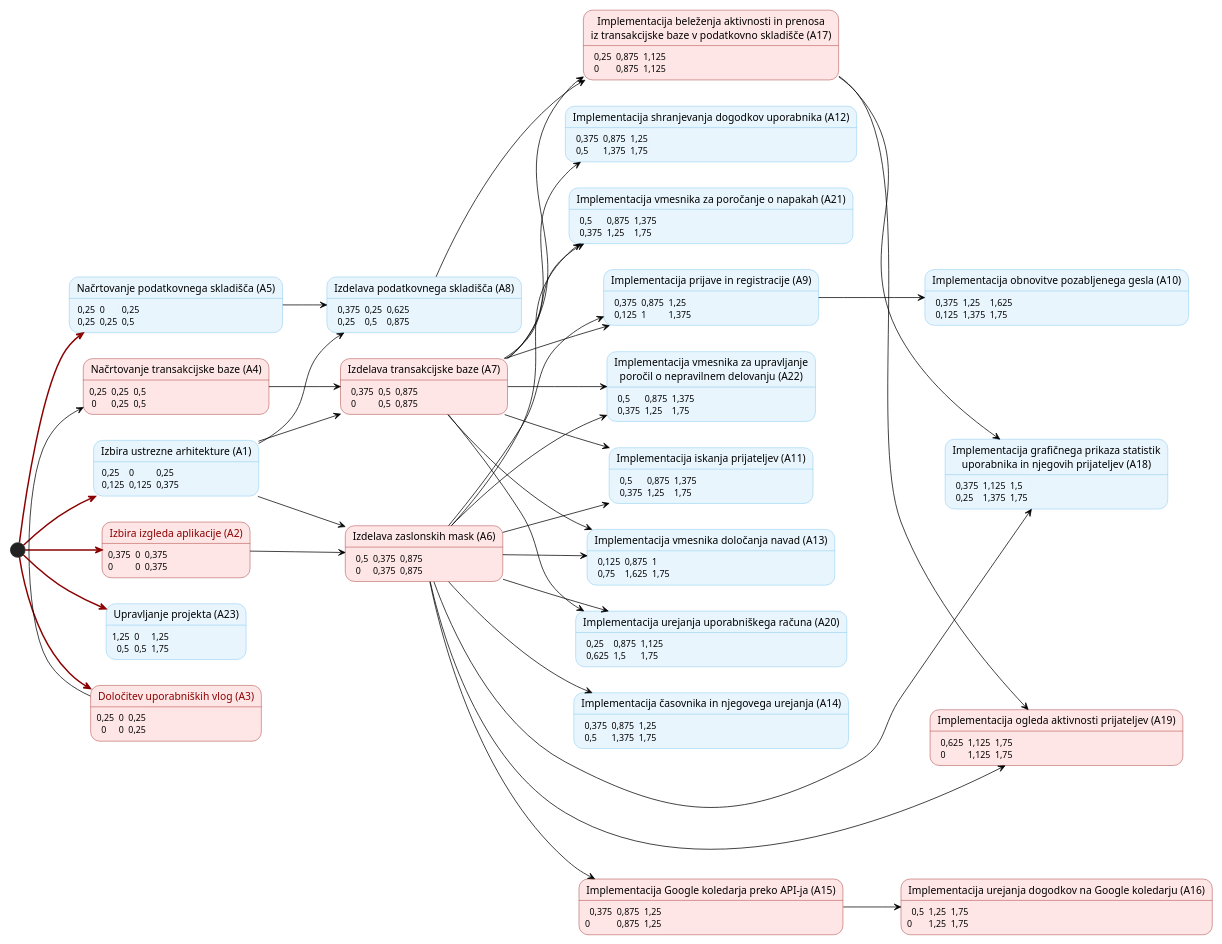
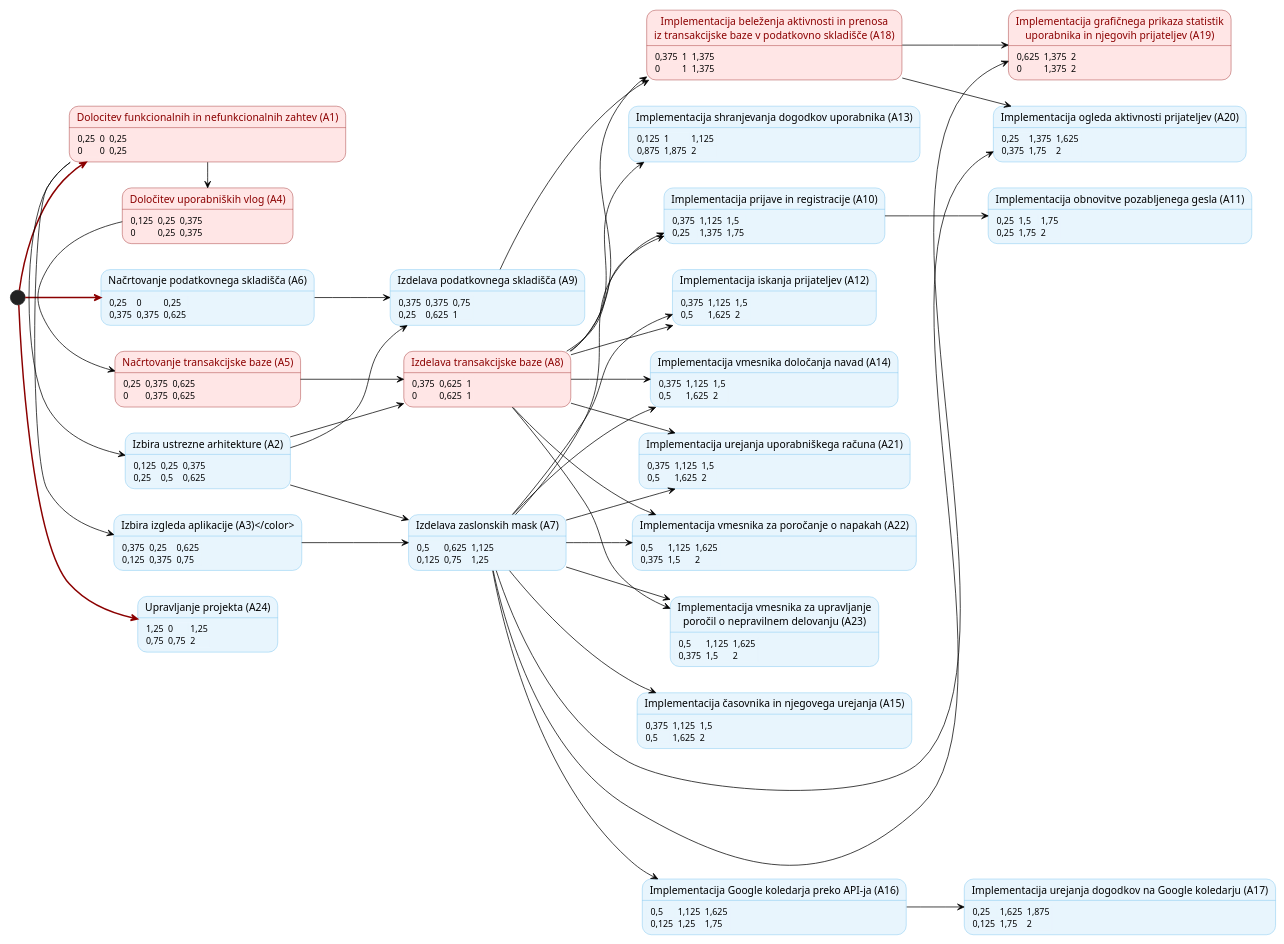
One commit to juremrzek/ProductivityApp changed the diagram in docs/gradivo/plantuml/PERT.puml. Above: the diagram before and after it, drawn with PlantUML.

```diff
--- a/docs/gradivo/plantuml/PERT.puml
+++ b/docs/gradivo/plantuml/PERT.puml
@@ -1,113 +1,106 @@
 @startuml "PERT diagram"
 
 skinparam backgroundColor transparent
 left to right direction
 
 scale 0.8
 
 <style>
 stateDiagram {
   arrow {
     LineColor black
   }
 }
 </style>
 
 skinparam State {
   BackgroundColor #e8f5fd
   BorderColor #5FB8EC
 }
 
 skinparam defaultTextAlignment center
 
-state "Izbira ustrezne arhitekture (A1)" as A1 : <#e8f5fd,#e8f5fd>|  0,25 | 0 | 0,25 |\n|  0,125 | 0,125 | 0,375 |
-state "<color:darkred>Izbira izgleda aplikacije (A2)</color>" as A2 #ffe6e6;line:darkred : <#ffe6e6,#ffe6e6>| 0,375 | 0 | 0,375 |\n| 0 | 0 | 0,375 |
-state "<color:darkred>Določitev uporabniških vlog (A3)</color>" as A3 #ffe6e6;line:darkred : <#ffe6e6,#ffe6e6>| 0,25 | 0 | 0,25 |\n|   0 | 0 | 0,25 |
-state "Načrtovanje transakcijske baze (A4)" as A4 #ffe6e6;line:darkred : <#ffe6e6,#ffe6e6>| 0,25 | 0,25 | 0,5 |\n|  0 | 0,25 | 0,5 |
-state "Načrtovanje podatkovnega skladišča (A5)" as A5 : <#e8f5fd,#e8f5fd>|  0,25 | 0 | 0,25 |\n|  0,25 | 0,25 | 0,5 |
-state "Izdelava zaslonskih mask (A6)" as A6 #ffe6e6;line:darkred : <#ffe6e6,#ffe6e6>|   0,5 | 0,375 | 0,875 |\n|   0 | 0,375 | 0,875 |
-state "Izdelava transakcijske baze (A7)" as A7 #ffe6e6;line:darkred : <#ffe6e6,#ffe6e6>|   0,375 | 0,5 | 0,875 |\n|   0 | 0,5 | 0,875 |
-state "Izdelava podatkovnega skladišča (A8)" as A8 : <#e8f5fd,#e8f5fd>|   0,375 | 0,25 | 0,625 |\n|   0,25 | 0,5 | 0,875 |
-state "Implementacija prijave in registracije (A9)" as A9 : <#e8f5fd,#e8f5fd>|   0,375 | 0,875 | 1,25 |\n|   0,125 | 1 | 1,375 |
-state "Implementacija obnovitve pozabljenega gesla (A10)" as A10 : <#e8f5fd,#e8f5fd>|   0,375 | 1,25 | 1,625 |\n|   0,125 | 1,375 | 1,75 |
-state "Implementacija iskanja prijateljev (A11)" as A11 : <#e8f5fd,#e8f5fd>|   0,5 | 0,875 | 1,375 |\n|   0,375 | 1,25 | 1,75 |
-state "Implementacija shranjevanja dogodkov uporabnika (A12)" as A12 : <#e8f5fd,#e8f5fd>|   0,375 | 0,875 | 1,25 |\n|   0,5 | 1,375 | 1,75 |
-state "Implementacija vmesnika določanja navad (A13)" as A13 : <#e8f5fd,#e8f5fd>|   0,125 | 0,875 | 1 |\n|   0,75 | 1,625 | 1,75 |
-state "Implementacija časovnika in njegovega urejanja (A14)" as A14 : <#e8f5fd,#e8f5fd>|   0,375 | 0,875 | 1,25 |\n|   0,5 | 1,375 | 1,75 |
-state "Implementacija Google koledarja preko API-ja (A15)" as A15 #ffe6e6;line:darkred : <#ffe6e6,#ffe6e6>|   0,375 | 0,875 | 1,25 |\n| 0 | 0,875 | 1,25 |
-state "Implementacija urejanja dogodkov na Google koledarju (A16)" as A16 #ffe6e6;line:darkred : <#ffe6e6,#ffe6e6>|   0,5 | 1,25 | 1,75 |\n| 0 | 1,25 | 1,75 |
-state "Implementacija beleženja aktivnosti in prenosa\niz transakcijske baze v podatkovno skladišče (A17)" as A17 #ffe6e6;line:darkred : <#ffe6e6,#ffe6e6>|   0,25 | 0,875 | 1,125 |\n|   0 | 0,875 | 1,125 |
-state "Implementacija grafičnega prikaza statistik\nuporabnika in njegovih prijateljev (A18)" as A18 : <#e8f5fd,#e8f5fd>|   0,375 | 1,125 | 1,5 |\n|   0,25 | 1,375 | 1,75 |
-state "Implementacija ogleda aktivnosti prijateljev (A19)" as A19 #ffe6e6;line:darkred : <#ffe6e6,#ffe6e6>|   0,625 | 1,125 | 1,75 |\n|   0 | 1,125 | 1,75 |
-state "Implementacija urejanja uporabniškega računa (A20)" as A20 : <#e8f5fd,#e8f5fd>|   0,25 | 0,875 | 1,125 |\n|   0,625 | 1,5 | 1,75 |
-state "Implementacija vmesnika za poročanje o napakah (A21)" as A21 : <#e8f5fd,#e8f5fd>|   0,5 | 0,875 | 1,375 |\n|   0,375 | 1,25 | 1,75 |
-state "Implementacija vmesnika za upravljanje\nporočil o nepravilnem delovanju (A22)" as A22 : <#e8f5fd,#e8f5fd>|   0,5 | 0,875 | 1,375 |\n|   0,375 | 1,25 | 1,75 |
-state "Upravljanje projekta (A23)" as A23 : <#e8f5fd,#e8f5fd>| 1,25 | 0 | 1,25 |\n|   0,5 | 0,5 | 1,75 |
+state "<color:darkred>Dolocitev funkcionalnih in nefunkcionalnih zahtev (A1)</color>" as A1 #ffe6e6;line:darkred : <#ffe6e6,#ffe6e6>|  0,25 | 0 | 0,25 |\n|  0 | 0 | 0,25 |
+state "Izbira ustrezne arhitekture (A2)" as A2 : <#e8f5fd,#e8f5fd>|  0,125 | 0,25 | 0,375 |\n|  0,25 | 0,5 | 0,625 |
+state "Izbira izgleda aplikacije (A3)</color>" as A3 : <#e8f5fd,#e8f5fd>|  0,375 | 0,25 | 0,625 |\n|  0,125 | 0,375 | 0,75 |
+state "<color:darkred>Določitev uporabniških vlog (A4)</color>" as A4 #ffe6e6;line:darkred : <#ffe6e6,#ffe6e6>|  0,125 | 0,25 | 0,375 |\n|  0 | 0,25 | 0,375 |
+state "<color:darkred>Načrtovanje transakcijske baze (A5)</color>" as A5 #ffe6e6;line:darkred : <#ffe6e6,#ffe6e6>|  0,25 | 0,375 | 0,625 |\n|  0 | 0,375 | 0,625 |
+state "Načrtovanje podatkovnega skladišča (A6)" as A6 : <#e8f5fd,#e8f5fd>|  0,25 | 0 | 0,25 |\n|  0,375 | 0,375 | 0,625 |
+state "Izdelava zaslonskih mask (A7)" as A7 : <#e8f5fd,#e8f5fd>|  0,5 | 0,625 | 1,125 |\n|  0,125 | 0,75 | 1,25 |
+state "<color:darkred>Izdelava transakcijske baze (A8)</color>" as A8 #ffe6e6;line:darkred : <#ffe6e6,#ffe6e6>|  0,375 | 0,625 | 1 |\n|  0 | 0,625 | 1 |
+state "Izdelava podatkovnega skladišča (A9)" as A9 : <#e8f5fd,#e8f5fd>|  0,375 | 0,375 | 0,75 |\n|  0,25 | 0,625 | 1 |
+state "Implementacija prijave in registracije (A10)" as A10 : <#e8f5fd,#e8f5fd>|  0,375 | 1,125 | 1,5 |\n|  0,25 | 1,375 | 1,75 |
+state "Implementacija obnovitve pozabljenega gesla (A11)" as A11 : <#e8f5fd,#e8f5fd>|  0,25 | 1,5 | 1,75 |\n|  0,25 | 1,75 | 2 |
+state "Implementacija iskanja prijateljev (A12)" as A12 : <#e8f5fd,#e8f5fd>|  0,375 | 1,125 | 1,5 |\n|  0,5 | 1,625 | 2 |
+state "Implementacija shranjevanja dogodkov uporabnika (A13)" as A13 : <#e8f5fd,#e8f5fd>|  0,125 | 1 | 1,125 |\n|  0,875 | 1,875 | 2 |
+state "Implementacija vmesnika določanja navad (A14)" as A14 : <#e8f5fd,#e8f5fd>|  0,375 | 1,125 | 1,5 |\n|  0,5 | 1,625 | 2 |
+state "Implementacija časovnika in njegovega urejanja (A15)" as A15 : <#e8f5fd,#e8f5fd>|  0,375 | 1,125 | 1,5 |\n|  0,5 | 1,625 | 2 |
+state "Implementacija Google koledarja preko API-ja (A16)" as A16 : <#e8f5fd,#e8f5fd>|  0,5 | 1,125 | 1,625 |\n|  0,125 | 1,25 | 1,75 |
+state "Implementacija urejanja dogodkov na Google koledarju (A17)" as A17 : <#e8f5fd,#e8f5fd>|  0,25 | 1,625 | 1,875 |\n|  0,125 | 1,75 | 2 |
+state "<color:darkred>Implementacija beleženja aktivnosti in prenosa</color>\n<color:darkred>iz transakcijske baze v podatkovno skladišče (A18)</color>" as A18 #ffe6e6;line:darkred : <#ffe6e6,#ffe6e6>|  0,375 | 1 | 1,375 |\n|  0 | 1 | 1,375 |
+state "<color:darkred>Implementacija grafičnega prikaza statistik</color>\n<color:darkred>uporabnika in njegovih prijateljev (A19)</color>" as A19 #ffe6e6;line:darkred : <#ffe6e6,#ffe6e6>|  0,625 | 1,375 | 2 |\n|  0 | 1,375 | 2 |
+state "Implementacija ogleda aktivnosti prijateljev (A20)" as A20 : <#e8f5fd,#e8f5fd>|  0,25 | 1,375 | 1,625 |\n|  0,375 | 1,75 | 2 |
+state "Implementacija urejanja uporabniškega računa (A21)" as A21 : <#e8f5fd,#e8f5fd>|  0,375 | 1,125 | 1,5 |\n|  0,5 | 1,625 | 2 |
+state "Implementacija vmesnika za poročanje o napakah (A22)" as A22 : <#e8f5fd,#e8f5fd>|  0,5 | 1,125 | 1,625 |\n|  0,375 | 1,5 | 2 |
+state "Implementacija vmesnika za upravljanje\nporočil o nepravilnem delovanju (A23)" as A23 : <#e8f5fd,#e8f5fd>|  0,5 | 1,125 | 1,625 |\n|  0,375 | 1,5 | 2 |
+state "Upravljanje projekta (A24)" as A24 : <#e8f5fd,#e8f5fd>|  1,25 | 0 | 1,25 |\n|  0,75 | 0,75 | 2 |
 
 [*] -[#darkred,bold]-> A1
-[*] -[#darkred,bold]-> A2
-[*] -[#darkred,bold]-> A3
-[*] -[#darkred,bold]-> A5
+[*] -[#darkred,bold]-> A6
+[*] -[#darkred,bold]-> A24
 
-A3-> A4
+A1 -> A2
+A1 -> A3
+A1 -> A4
 
-A1 --> A6
-A2 --> A6
+A4-> A5
 
-A1 --> A7
-A4 --> A7
+A2 --> A7
+A3 --> A7
 
-A1 --> A8
+A2 --> A8
 A5 --> A8
 
+A2 --> A9
 A6 --> A9
-A7 --> A9
 
-A9 --> A10
+A7 --> A10
+A8 --> A10
 
-A6 --> A11
-A7 --> A11
+A10 --> A11
 
 A7 --> A12
+A8 --> A12
 
-A6 --> A13
-A7 --> A13
+A8 --> A13
 
-A6 --> A14
+A7 --> A14
+A8 --> A14
 
-A6 --> A15
+A7 --> A15
 
-A15 --> A16
+A7 --> A16
 
-A7 --> A17
-A8 --> A17
+A16 --> A17
 
-A6 --> A18
-A17 --> A18
+A8 --> A18
+A9 --> A18
 
-A6 --> A19
-A17 --> A19
+A7 --> A19
+A18 --> A19
 
-A6 --> A20
 A7 --> A20
+A18 --> A20
 
-A6 --> A21
 A7 --> A21
+A8 --> A21
 
-A6 --> A22
 A7 --> A22
+A8 --> A22
 
-[*] -[#darkred,bold]-> A23
+A7 --> A23
+A8 --> A23
 
-'A3 --> [*]
-'A23 --> [*]
-'A14 --> [*]
-'A13 --> [*]
-'A20 --> [*]
-'A21 --> [*]
-'A1 --> A2
-'A1 -[#darkred,bold]-> A3
-'A2 --> [*]
-'A3 -[#darkred,bold]-> [*]
+
 
 @enduml
```
